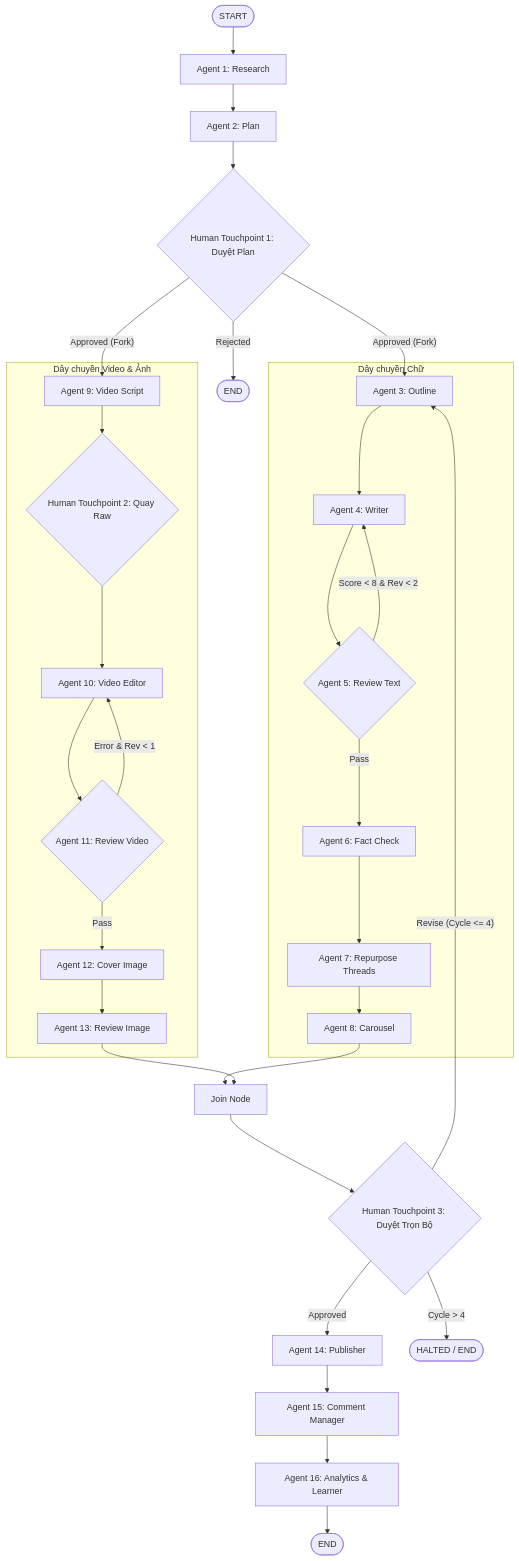
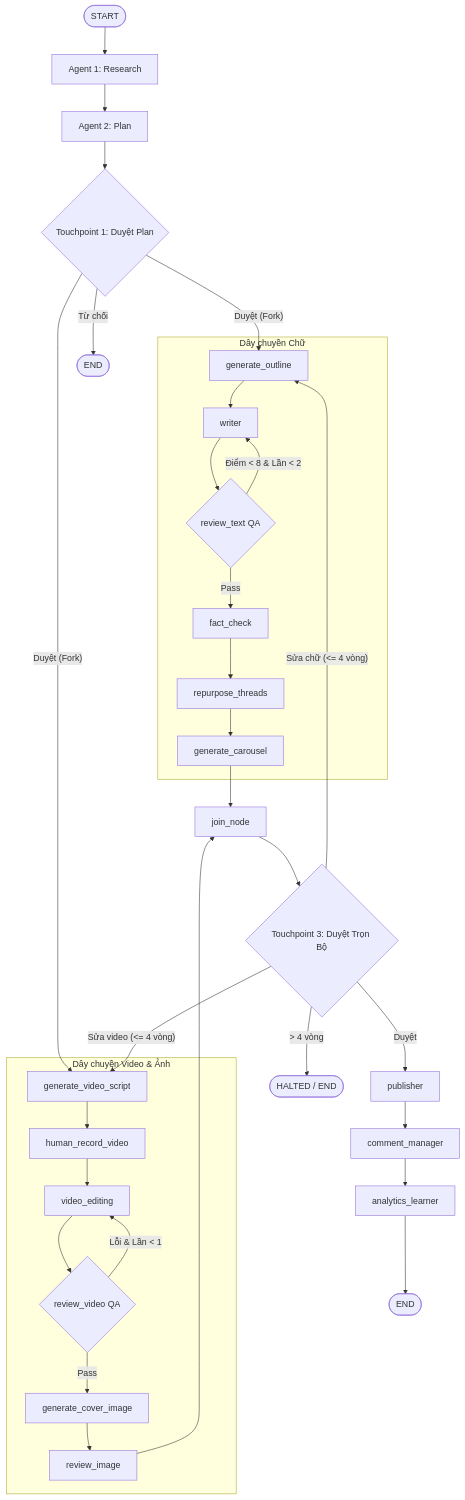
One commit to phongnt911/content_os changed the diagram in PROJECT_SPEC.md. Above: the diagram before and after it, drawn with Mermaid. The commit also changed other lines of this file and 5 other files, not shown here.

````diff
--- a/PROJECT_SPEC.md
+++ b/PROJECT_SPEC.md
@@ -177,40 +173,41 @@
 ```mermaid
 flowchart TD
     START([START]) --> research[Agent 1: Research]
     research --> plan[Agent 2: Plan]
-    plan --> human_plan{Human Touchpoint 1: Duyệt Plan}
+    plan --> TP1{Touchpoint 1: Duyệt Plan}
     
-    human_plan -- "Rejected" --> END1([END])
-    human_plan -- "Approved (Fork)" --> outline[Agent 3: Outline]
-    human_plan -- "Approved (Fork)" --> video_script[Agent 9: Video Script]
+    TP1 -- "Từ chối" --> END1([END])
+    TP1 -- "Duyệt (Fork)" --> outline[generate_outline]
+    TP1 -- "Duyệt (Fork)" --> video_script[generate_video_script]
     
     subgraph Text_Pipeline [Dây chuyền Chữ]
-        outline --> writer[Agent 4: Writer]
-        writer --> review_text{Agent 5: Review Text}
-        review_text -- "Score < 8 & Rev < 2" --> writer
-        review_text -- "Pass" --> fact_check[Agent 6: Fact Check]
-        fact_check --> repurpose[Agent 7: Repurpose Threads]
-        repurpose --> carousel[Agent 8: Carousel]
+        outline --> writer[writer]
+        writer --> review_text{review_text QA}
+        review_text -- "Điểm < 8 & Lần < 2" --> writer
+        review_text -- "Pass" --> fact_check[fact_check]
+        fact_check --> repurpose_threads[repurpose_threads]
+        repurpose_threads --> generate_carousel[generate_carousel]
     end
     
     subgraph Visual_Pipeline [Dây chuyền Video & Ảnh]
-        video_script --> human_record{Human Touchpoint 2: Quay Raw}
-        human_record --> video_edit[Agent 10: Video Editor]
-        video_edit --> review_video{Agent 11: Review Video}
-        review_video -- "Error & Rev < 1" --> video_edit
-        review_video -- "Pass" --> cover[Agent 12: Cover Image]
-        cover --> review_image[Agent 13: Review Image]
+        video_script --> human_record[human_record_video]
+        human_record --> video_editing[video_editing]
+        video_editing --> review_video{review_video QA}
+        review_video -- "Lỗi & Lần < 1" --> video_editing
+        review_video -- "Pass" --> generate_cover[generate_cover_image]
+        generate_cover --> review_image[review_image]
     end
     
-    carousel --> join_node[Join Node]
+    generate_carousel --> join_node[join_node]
     review_image --> join_node
     
-    join_node --> human_final{Human Touchpoint 3: Duyệt Trọn Bộ}
-    human_final -- "Approved" --> publisher[Agent 14: Publisher]
-    human_final -- "Revise (Cycle <= 4)" --> outline
-    human_final -- "Cycle > 4" --> HALTED([HALTED / END])
+    join_node --> TP3{Touchpoint 3: Duyệt Trọn Bộ}
+    TP3 -- "Sửa chữ (<= 4 vòng)" --> outline
+    TP3 -- "Sửa video (<= 4 vòng)" --> video_script
+    TP3 -- "> 4 vòng" --> HALTED([HALTED / END])
     
-    publisher --> comment_mgr[Agent 15: Comment Manager]
-    comment_mgr --> analytics[Agent 16: Analytics & Learner]
+    TP3 -- "Duyệt" --> publisher[publisher]
+    publisher --> comment_mgr[comment_manager]
+    comment_mgr --> analytics[analytics_learner]
     analytics --> END2([END])
 ```
````
